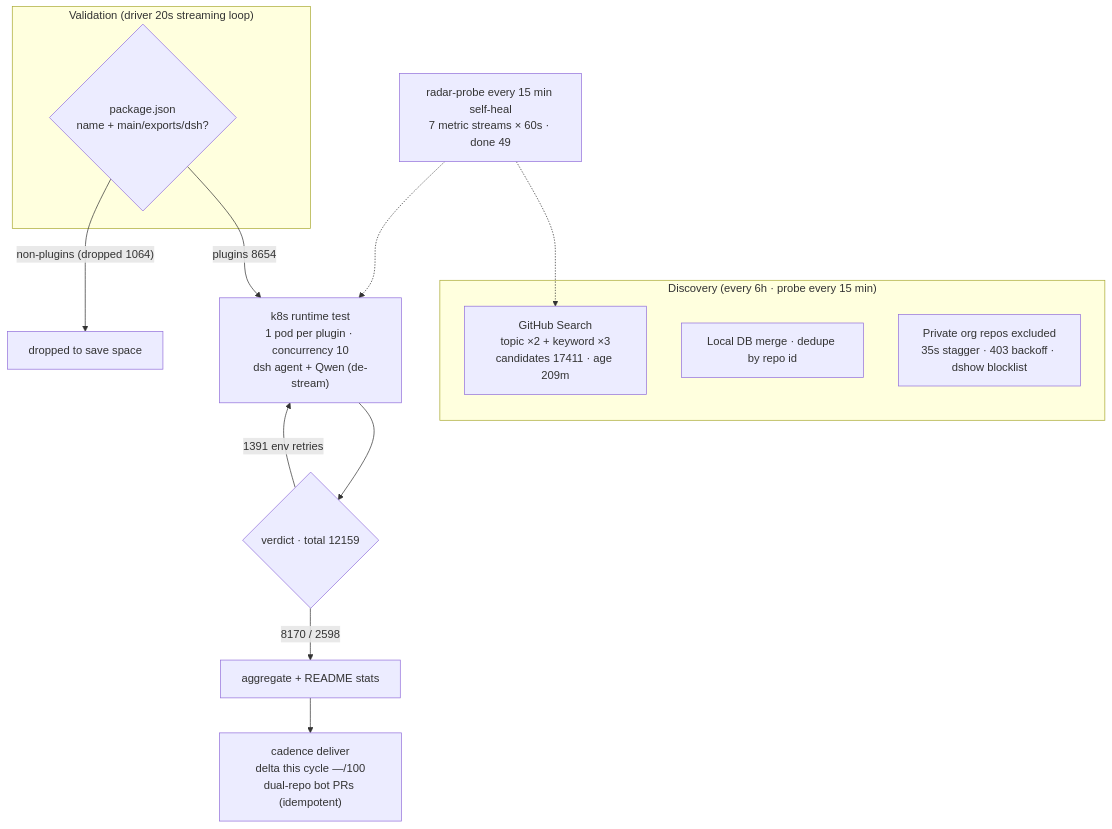
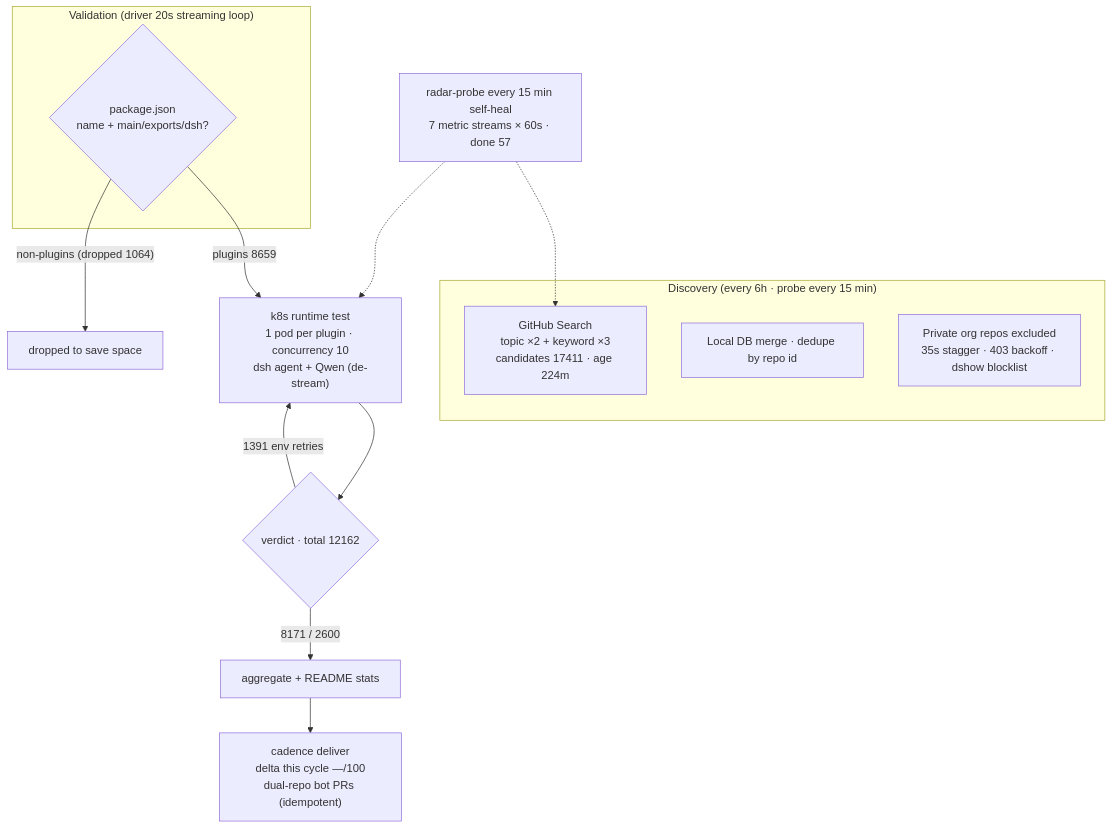
Before and after one commit to AdamPlatin123/awesome-dsh-plugins: the diagram in README.en-US.md, drawn with Mermaid. The commit also changed other lines of this file and 5 other files, not shown here.

````diff
--- a/README.en-US.md
+++ b/README.en-US.md
@@ -45,20 +45,20 @@
 ```mermaid
 flowchart TB
     subgraph Discovery["Discovery (every 6h · probe every 15 min)"]
-        A1["GitHub Search<br/>topic ×2 + keyword ×3<br/>candidates 17411 · age 209m"]
+        A1["GitHub Search<br/>topic ×2 + keyword ×3<br/>candidates 17411 · age 224m"]
         A2["Local DB merge · dedupe by repo id"]
         A3["Private org repos excluded<br/>35s stagger · 403 backoff · dshow blocklist"]
     end
     subgraph Validation["Validation (driver 20s streaming loop)"]
         B1{"package.json<br/>name + main/exports/dsh?"}
     end
-    B1 -->|"plugins 8654"| C1["k8s runtime test<br/>1 pod per plugin · concurrency 10<br/>dsh agent + Qwen (de-stream)"]
+    B1 -->|"plugins 8659"| C1["k8s runtime test<br/>1 pod per plugin · concurrency 10<br/>dsh agent + Qwen (de-stream)"]
     B1 -->|"non-plugins (dropped 1064)"| B3["dropped to save space"]
-    C1 --> D1{"verdict · total 12159"}
-    D1 -->|"8170 / 2598"| E1["aggregate + README stats"]
+    C1 --> D1{"verdict · total 12162"}
+    D1 -->|"8171 / 2600"| E1["aggregate + README stats"]
     D1 -->|"1391 env retries"| C1
     E1 --> E2["cadence deliver<br/>delta this cycle —/100<br/>dual-repo bot PRs (idempotent)"]
-    M["radar-probe every 15 min self-heal<br/>7 metric streams × 60s · done 49"]
+    M["radar-probe every 15 min self-heal<br/>7 metric streams × 60s · done 57"]
     M -.-> A1
     M -.-> C1
 ```
````
